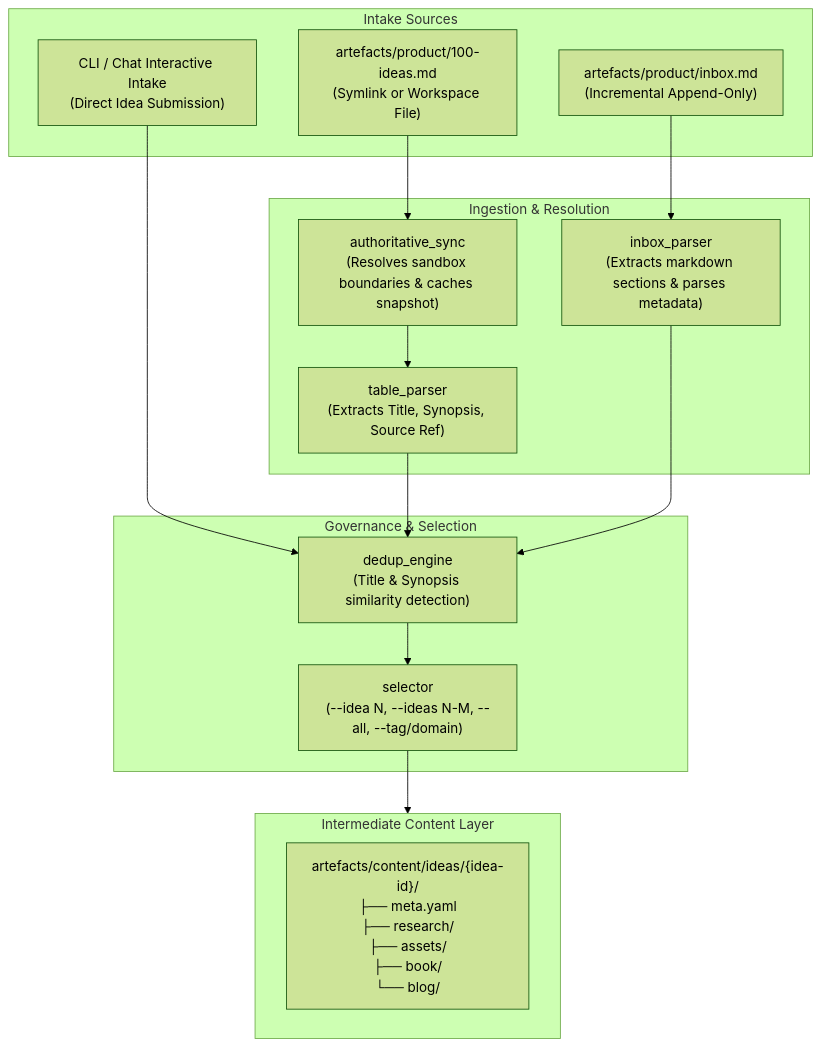
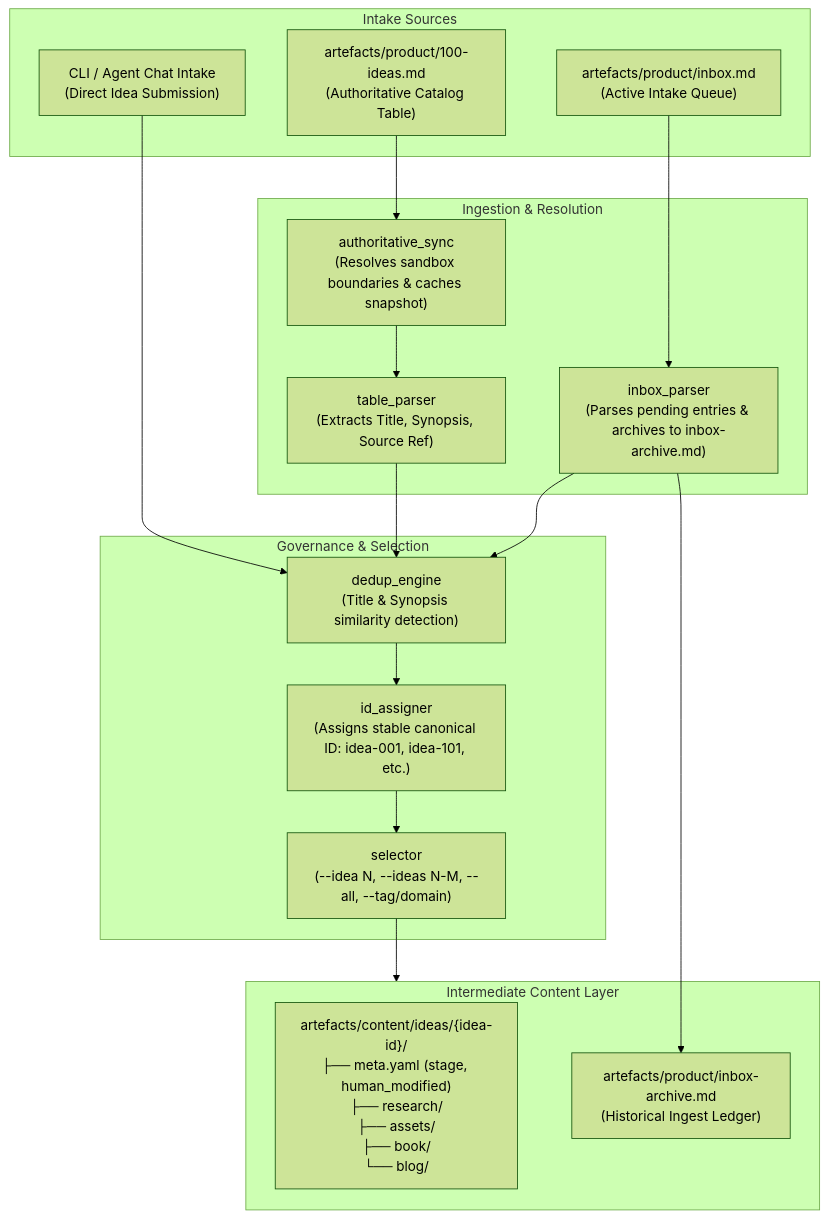
One commit to Schmoiger/100-ideas changed the first of 4 diagrams in artefacts/architecture/architecture.md. Above: the diagram before and after it, drawn with Mermaid (forest theme). The commit also changed other lines of this file and 4 other files, not shown here.

First line of the commit message:
docs(architecture): complete continuous publishing review

````diff
--- a/artefacts/architecture/architecture.md
+++ b/artefacts/architecture/architecture.md
@@ -15,31 +15,35 @@
 ```mermaid
 flowchart TD
     subgraph IntakeSources["Intake Sources"]
-        Symlink["artefacts/product/100-ideas.md\n(Symlink or Workspace File)"]
-        InboxFile["artefacts/product/inbox.md\n(Incremental Append-Only)"]
-        ChatInput["CLI / Chat Interactive Intake\n(Direct Idea Submission)"]
+        Symlink["artefacts/product/100-ideas.md\n(Authoritative Catalog Table)"]
+        InboxFile["artefacts/product/inbox.md\n(Active Intake Queue)"]
+        ChatInput["CLI / Agent Chat Intake\n(Direct Idea Submission)"]
     end
 
     subgraph SyncAndParse["Ingestion & Resolution"]
         SyncManager["authoritative_sync\n(Resolves sandbox boundaries & caches snapshot)"]
         BatchParser["table_parser\n(Extracts Title, Synopsis, Source Ref)"]
-        InboxParser["inbox_parser\n(Extracts markdown sections & parses metadata)"]
+        InboxParser["inbox_parser\n(Parses pending entries & archives to inbox-archive.md)"]
     end
 
     subgraph Governance["Governance & Selection"]
         DedupEngine["dedup_engine\n(Title & Synopsis similarity detection)"]
         IdeaSelector["selector\n(--idea N, --ideas N-M, --all, --tag/domain)"]
+        IDAssigner["id_assigner\n(Assigns stable canonical ID: idea-001, idea-101, etc.)"]
     end
 
     subgraph Storage["Intermediate Content Layer"]
-        IdeaStore["artefacts/content/ideas/{idea-id}/\n├── meta.yaml\n├── research/\n├── assets/\n├── book/\n└── blog/"]
+        IdeaStore["artefacts/content/ideas/{idea-id}/\n├── meta.yaml (stage, human_modified)\n├── research/\n├── assets/\n├── book/\n└── blog/"]
+        ArchiveStore["artefacts/product/inbox-archive.md\n(Historical Ingest Ledger)"]
     end
 
     Symlink --> SyncManager --> BatchParser
     InboxFile --> InboxParser
     ChatInput --> DedupEngine
     BatchParser --> DedupEngine
     InboxParser --> DedupEngine
-    DedupEngine --> IdeaSelector
+    DedupEngine --> IDAssigner
+    IDAssigner --> IdeaSelector
     IdeaSelector --> Storage
+    InboxParser --> ArchiveStore
 ```
````
